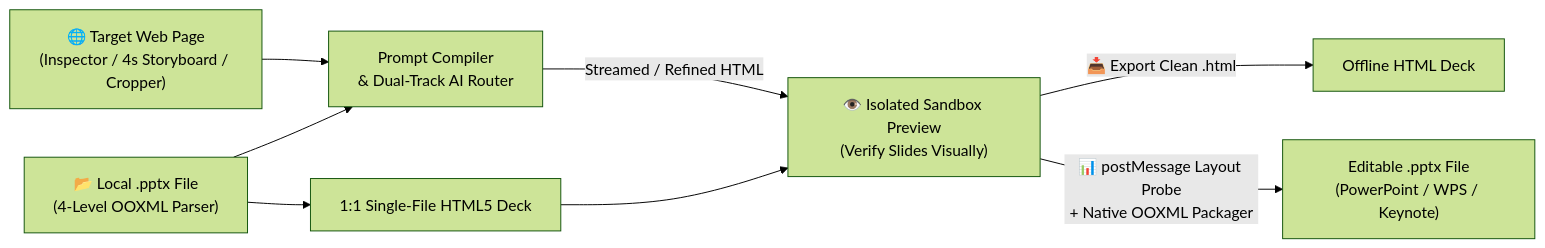
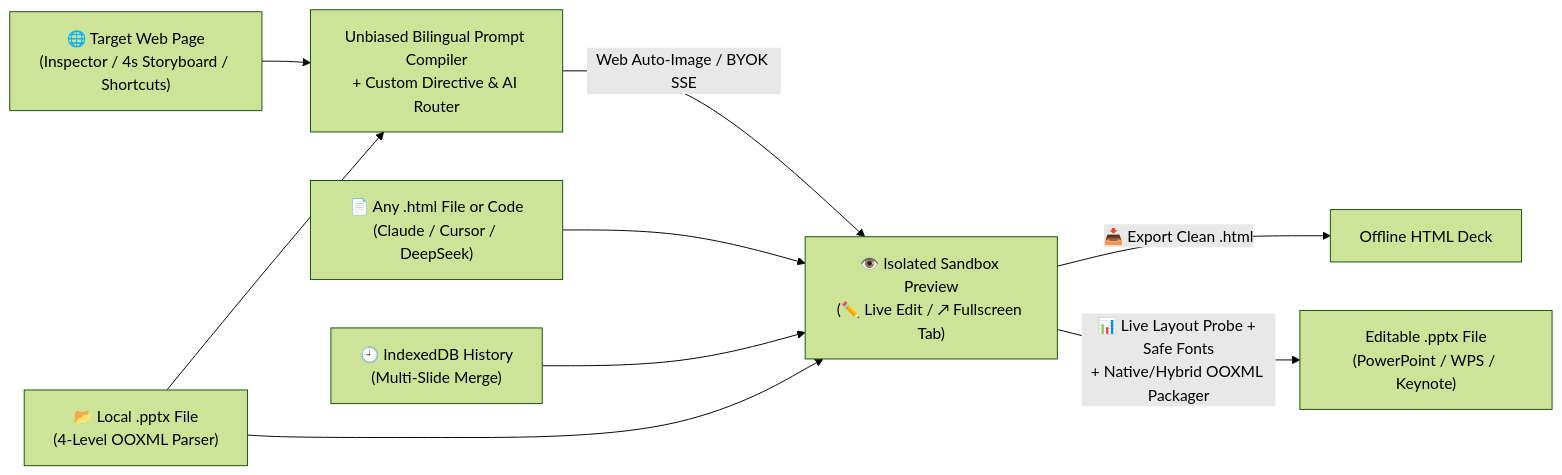
Before and after one commit to 633qaq/web-reverse-inspector: the diagram in README_EN.md, drawn with Mermaid (forest theme). The commit also changed other lines of this file and 24 other files, not shown here.

Commit message:
feat!: release Web Reverse Inspector v2.0.0 (10 major UX, HTML->PPTX & AI upgrades)

````diff
--- a/README_EN.md
+++ b/README_EN.md
@@ -64,10 +63,11 @@
 ```mermaid
 flowchart LR
-    A["🌐 Target Web Page\n(Inspector / 4s Storyboard / Cropper)"] --> C["Prompt Compiler\n& Dual-Track AI Router"]
-    B["📂 Local .pptx File\n(4-Level OOXML Parser)"] --> C
-    B --> D["1:1 Single-File HTML5 Deck"]
-    C -->|"Streamed / Refined HTML"| E["👁️ Isolated Sandbox Preview\n(Verify Slides Visually)"]
-    D --> E
+    A["🌐 Target Web Page\n(Inspector / 4s Storyboard / Shortcuts)"] --> D["Unbiased Bilingual Prompt Compiler\n+ Custom Directive & AI Router"]
+    B["📂 Local .pptx File\n(4-Level OOXML Parser)"] --> D
+    B --> E["👁️ Isolated Sandbox Preview\n(✏️ Live Edit / ↗ Fullscreen Tab)"]
+    C["📄 Any .html File or Code\n(Claude / Cursor / DeepSeek)"] --> E
+    D -->|"Web Auto-Image / BYOK SSE"| E
+    H["🕘 IndexedDB History\n(Multi-Slide Merge)"] --> E
     E -->|"📥 Export Clean .html"| F["Offline HTML Deck"]
-    E -->|"📊 postMessage Layout Probe\n+ Native OOXML Packager"| G["Editable .pptx File\n(PowerPoint / WPS / Keynote)"]
+    E -->|"📊 Live Layout Probe + Safe Fonts\n+ Native/Hybrid OOXML Packager"| G["Editable .pptx File\n(PowerPoint / WPS / Keynote)"]
 ```
````
